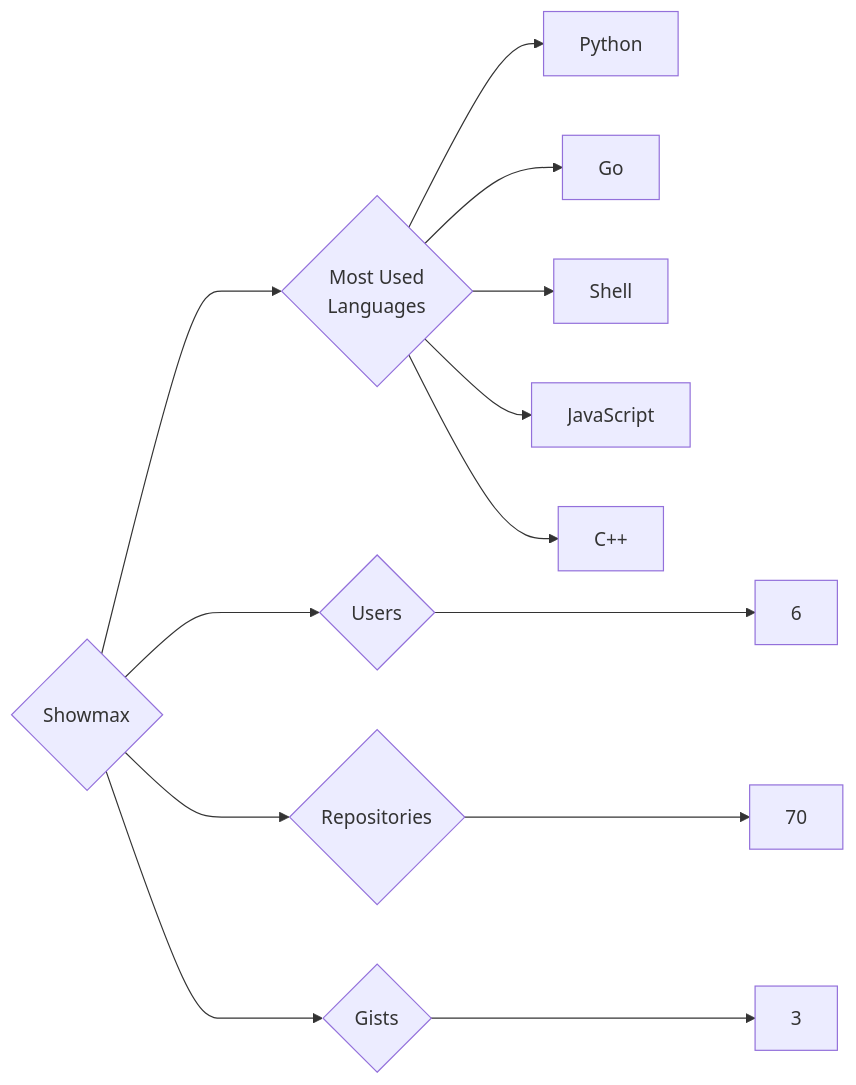
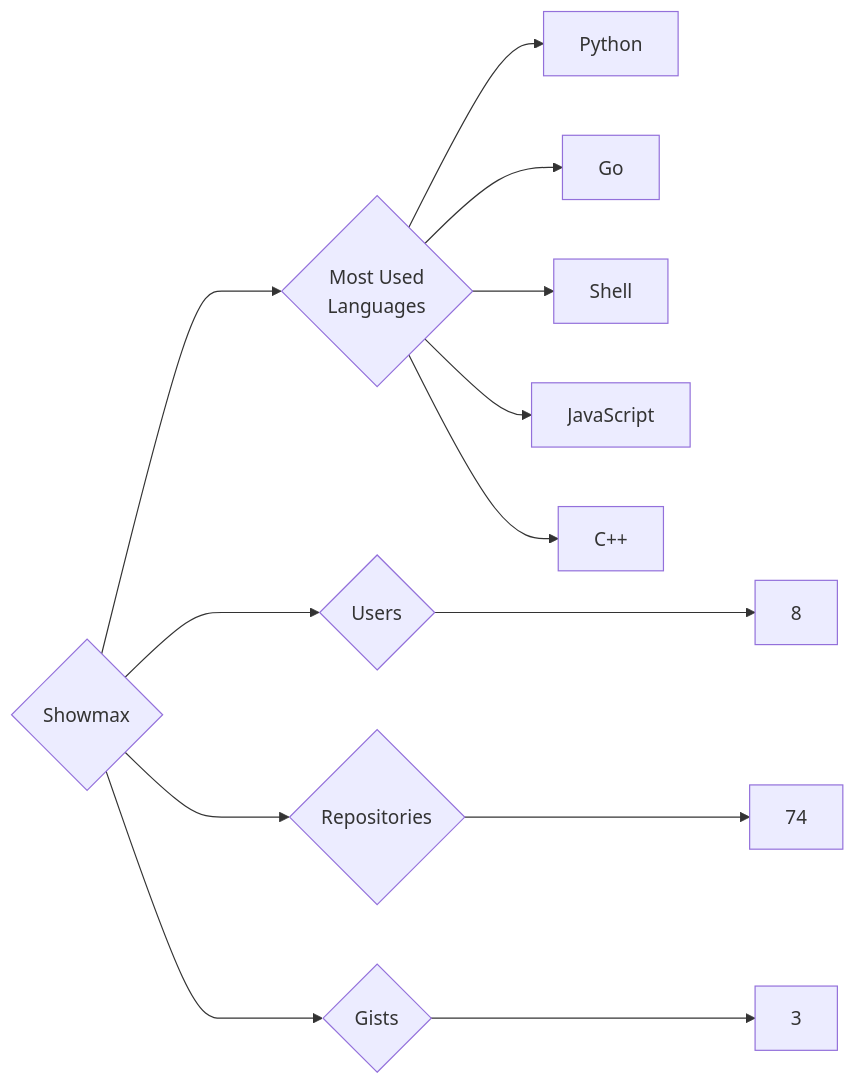
Before and after one commit to trickest/insiders: the diagram in targets/Showmax/README.md, drawn with Mermaid. The commit also changed 1389 other files, not shown here.

````diff
--- a/targets/Showmax/README.md
+++ b/targets/Showmax/README.md
@@ -3,13 +3,13 @@
 ```mermaid
 graph LR
 COMPANY_NAME{Showmax}
-COMPANY_NAME ---> U{Users} ---> UN[6]
-COMPANY_NAME ---> R{Repositories} ---> RN[70]
+COMPANY_NAME ---> U{Users} ---> UN[8]
+COMPANY_NAME ---> R{Repositories} ---> RN[74]
 COMPANY_NAME ---> G{Gists} ---> GN[3]
 COMPANY_NAME ---> ML{Most Used<br>Languages}
 ML --> Python[Python]
 ML --> Go[Go]
 ML --> Shell[Shell]
 ML --> JavaScript[JavaScript]
 ML --> C++[C++]
 ```
````
